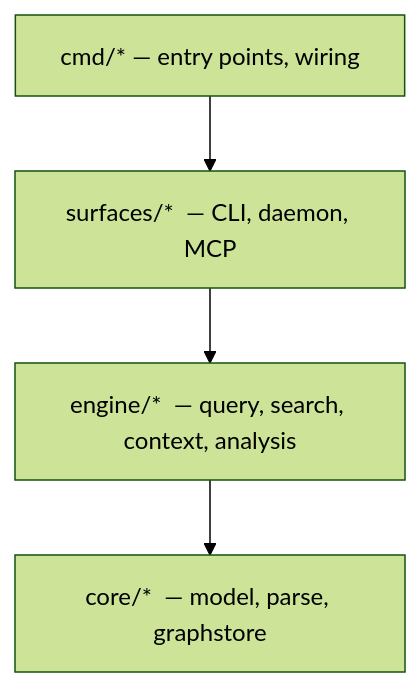
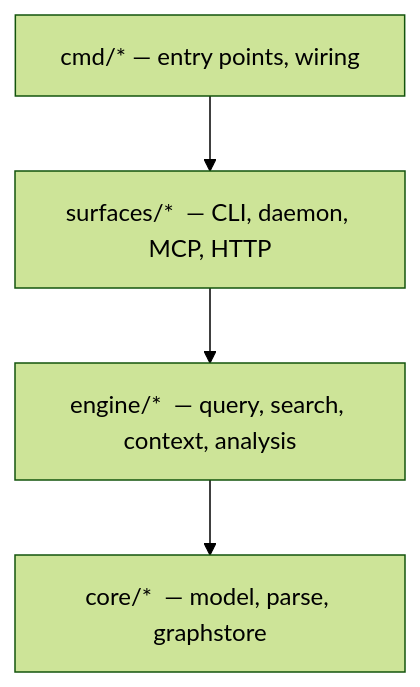
One commit to samibel/graphi changed the diagram in readme.md. Above: the diagram before and after it, drawn with Mermaid (forest theme). The commit also changed other lines of this file and 86 other files, not shown here.

First line of the commit message:
feat(web): initialize graphi web client with TypeScript and React

````diff
--- a/readme.md
+++ b/readme.md
@@ -148,8 +152,8 @@
 ```mermaid
 flowchart TD
     CMD["cmd/*  — entry points, wiring"]
-    SURF["surfaces/*  — CLI, daemon, MCP"]
+    SURF["surfaces/*  — CLI, daemon, MCP, HTTP"]
     ENG["engine/*  — query, search, context, analysis"]
     CORE["core/*  — model, parse, graphstore"]
     CMD --> SURF --> ENG --> CORE
 ```
````
